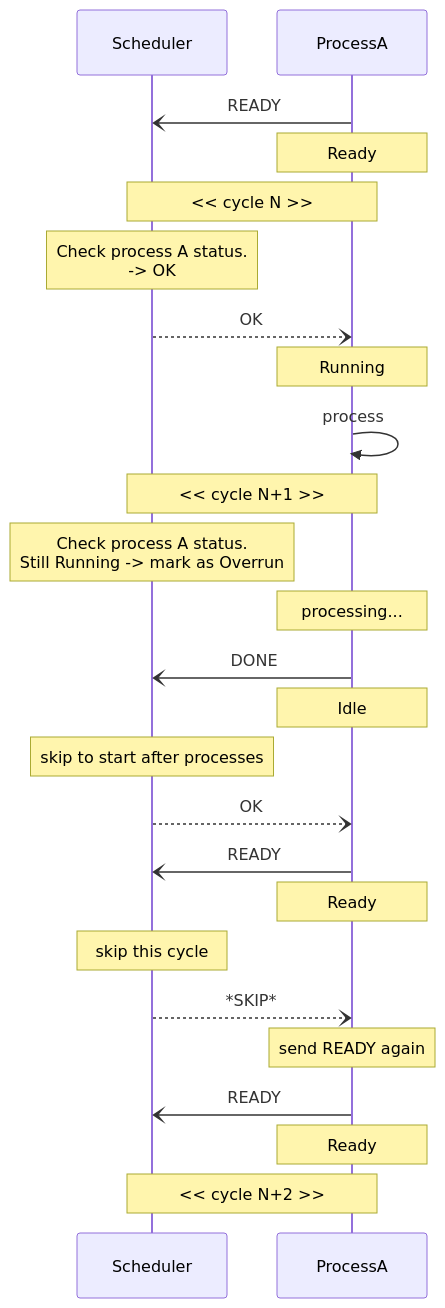
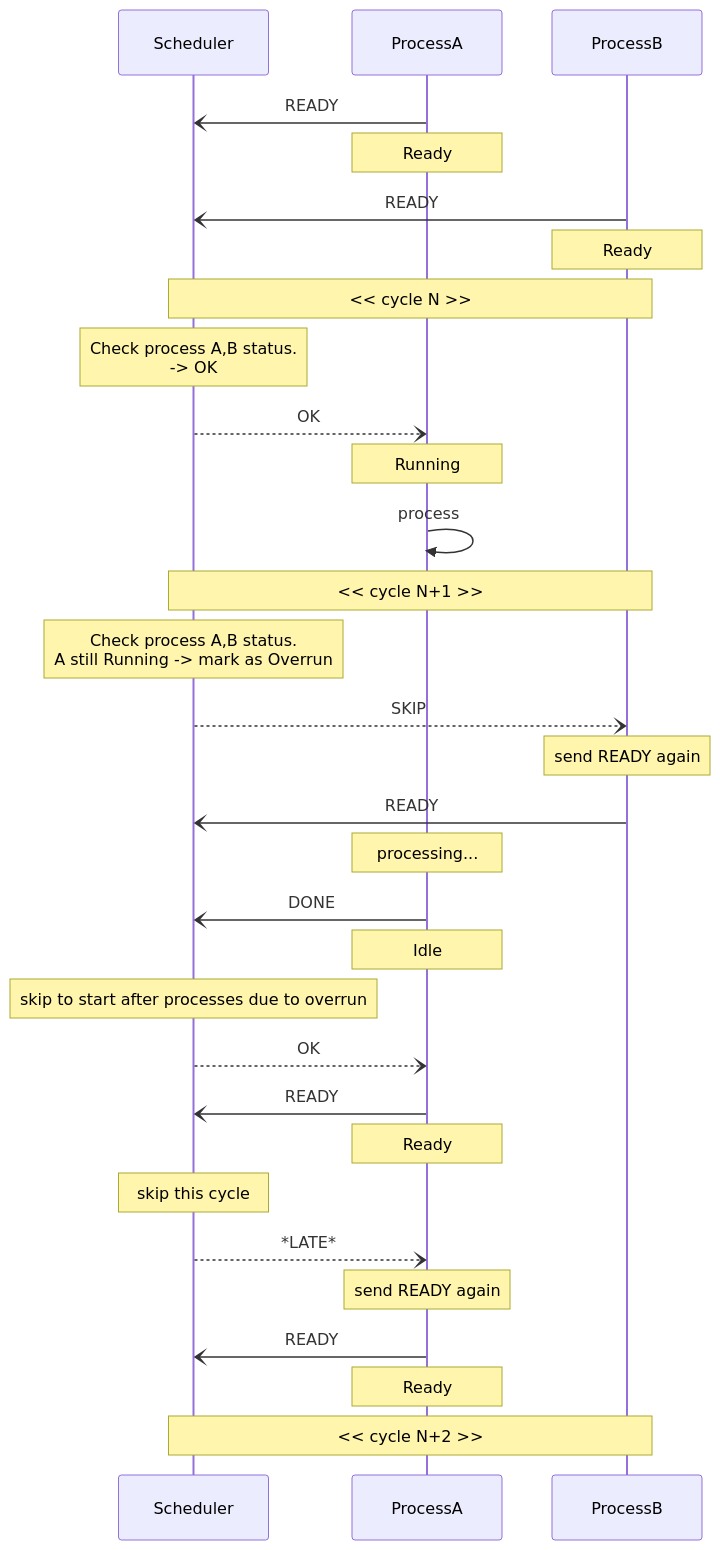
One commit to nao-kawano/ritsu-scheduler changed the first of 3 diagrams in docs/message-sequence-skip.md. Above: the diagram before and after it, drawn with Mermaid. The commit also changed other lines of this file and 3 other files, not shown here.

First line of the commit message:
docs: Clarify overrun handling with new LATE message

````diff
--- a/docs/message-sequence-skip.md
+++ b/docs/message-sequence-skip.md
@@ -13,35 +25,42 @@
 ```mermaid
 sequenceDiagram
   participant S as Scheduler
   participant A as ProcessA
+  participant B as ProcessB
 
   A -) S: READY
   Note over A: Ready
+  B -) S: READY
+  Note over B: Ready
 
-Note over S,A: << cycle N >>
+Note over S,B: << cycle N >>
 
-  Note over S: Check process A status.<br />-> OK
+  Note over S: Check process A,B status.<br />-> OK
   S --) A: OK
   Note over A: Running
   A ->> A: process
 
-Note over S,A: << cycle N+1 >>
-  Note over S: Check process A status.<br />Still Running -> mark as Overrun
+Note over S,B: << cycle N+1 >>
+  Note over S: Check process A,B status.<br />A still Running -> mark as Overrun
+
+  S --) B: SKIP
+  Note over B: send READY again
+  B -) S: READY
 
   Note over A: processing...
   A -) S: DONE
   Note over A: Idle
-  Note over S: skip to start after processes
+  Note over S: skip to start after processes due to overrun
   S --) A: OK
 
   A -) S: READY
   Note over A: Ready
   Note over S: skip this cycle
-  S --) A: *SKIP*
+  S --) A: *LATE*
     Note over A: send READY again
 
   A -) S: READY
   Note over A: Ready
 
-Note over S,A: << cycle N+2 >>
+Note over S,B: << cycle N+2 >>
 ```
````
